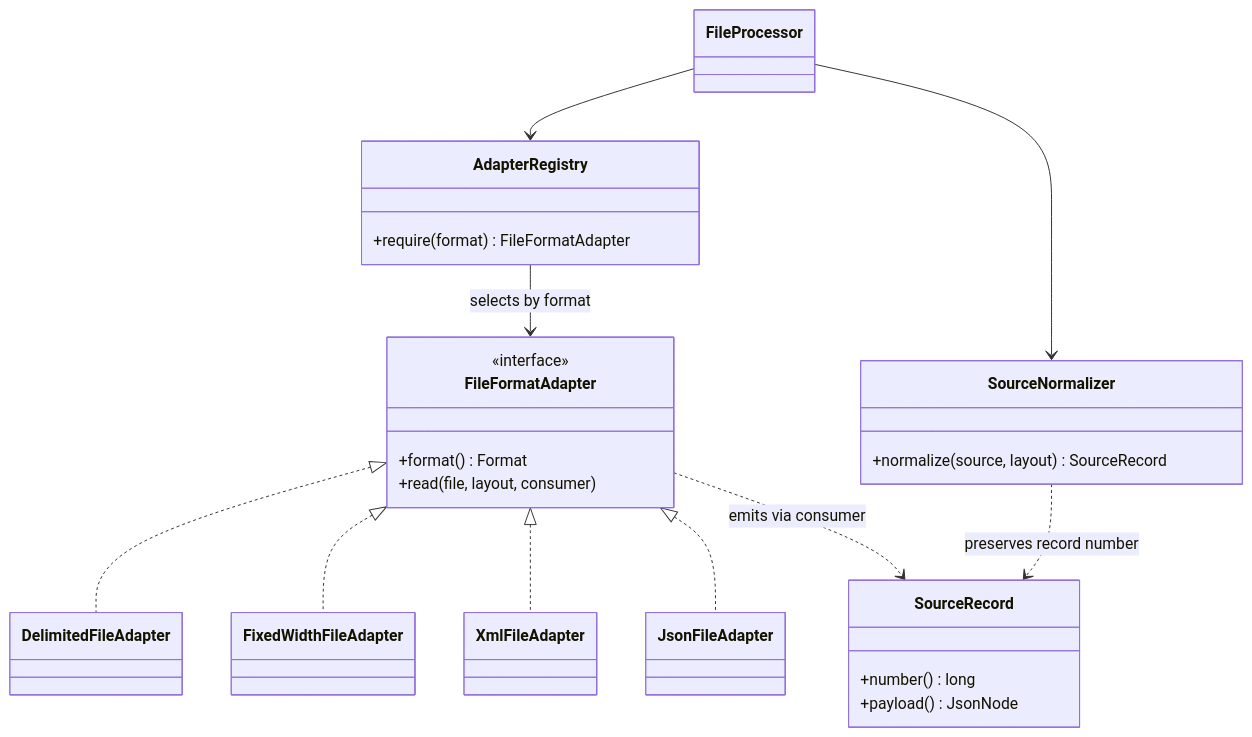
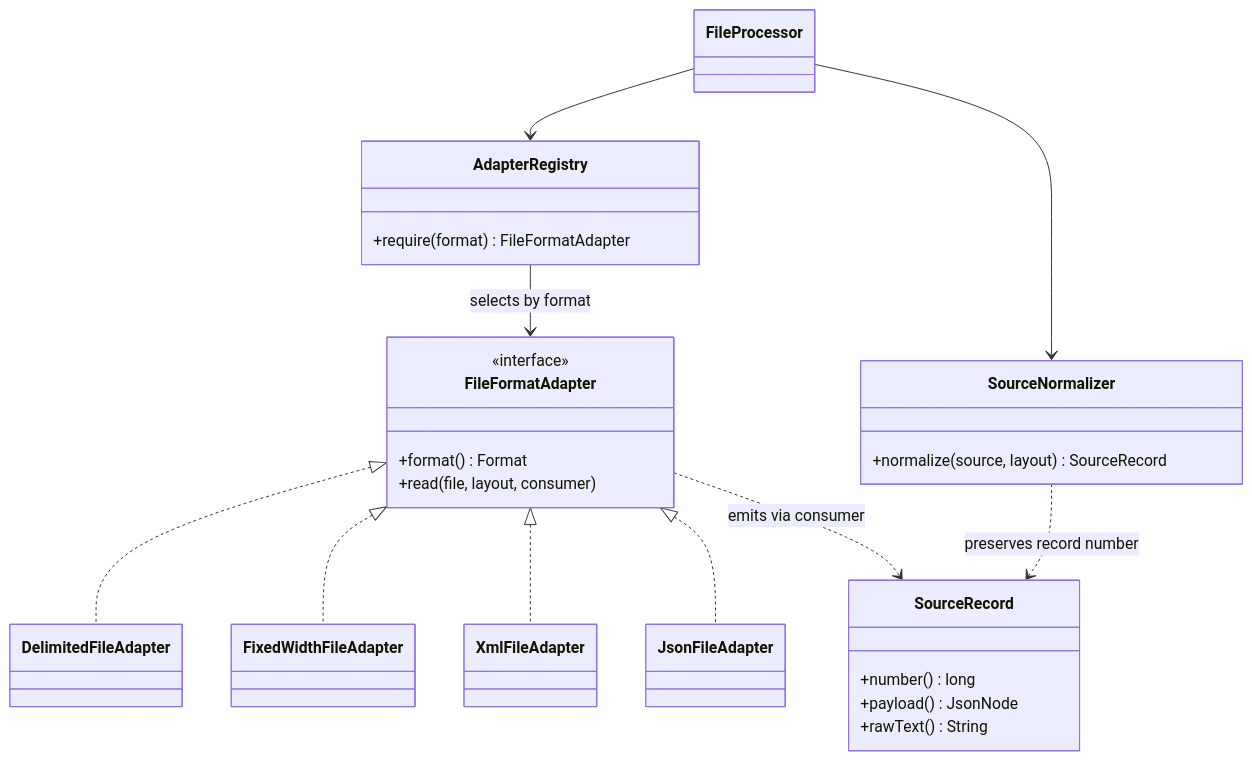
The fifth of 9 diagrams in docs/runtime-diagrams.md (jenbrick/fileadapter), drawn with Mermaid before and after one commit. The commit also changed 2 other files, not shown here.

Commit message:
Record passing original-record result verification

````diff
--- a/docs/runtime-diagrams.md
+++ b/docs/runtime-diagrams.md
@@ -233,33 +233,34 @@
 ```mermaid
 classDiagram
     direction TB
     class FileProcessor
     class AdapterRegistry {
         +require(format) FileFormatAdapter
     }
     class FileFormatAdapter {
         <<interface>>
         +format() Format
         +read(file, layout, consumer)
     }
     class DelimitedFileAdapter
     class FixedWidthFileAdapter
     class XmlFileAdapter
     class JsonFileAdapter
     class SourceRecord {
         +number() long
         +payload() JsonNode
+        +rawText() String
     }
     class SourceNormalizer {
         +normalize(source, layout) SourceRecord
     }
     FileProcessor --> AdapterRegistry
     FileProcessor --> SourceNormalizer
     AdapterRegistry --> FileFormatAdapter : selects by format
     FileFormatAdapter <|.. DelimitedFileAdapter
     FileFormatAdapter <|.. FixedWidthFileAdapter
     FileFormatAdapter <|.. XmlFileAdapter
     FileFormatAdapter <|.. JsonFileAdapter
     FileFormatAdapter ..> SourceRecord : emits via consumer
     SourceNormalizer ..> SourceRecord : preserves record number
 ```
````
